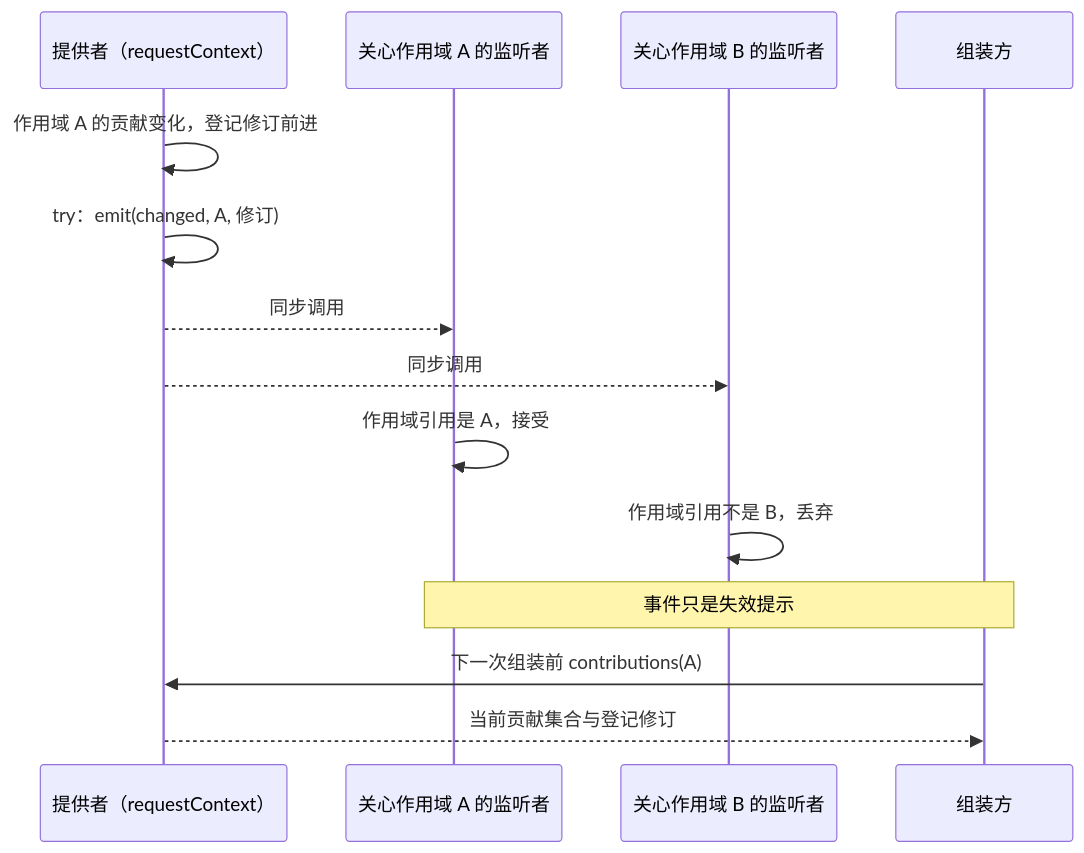
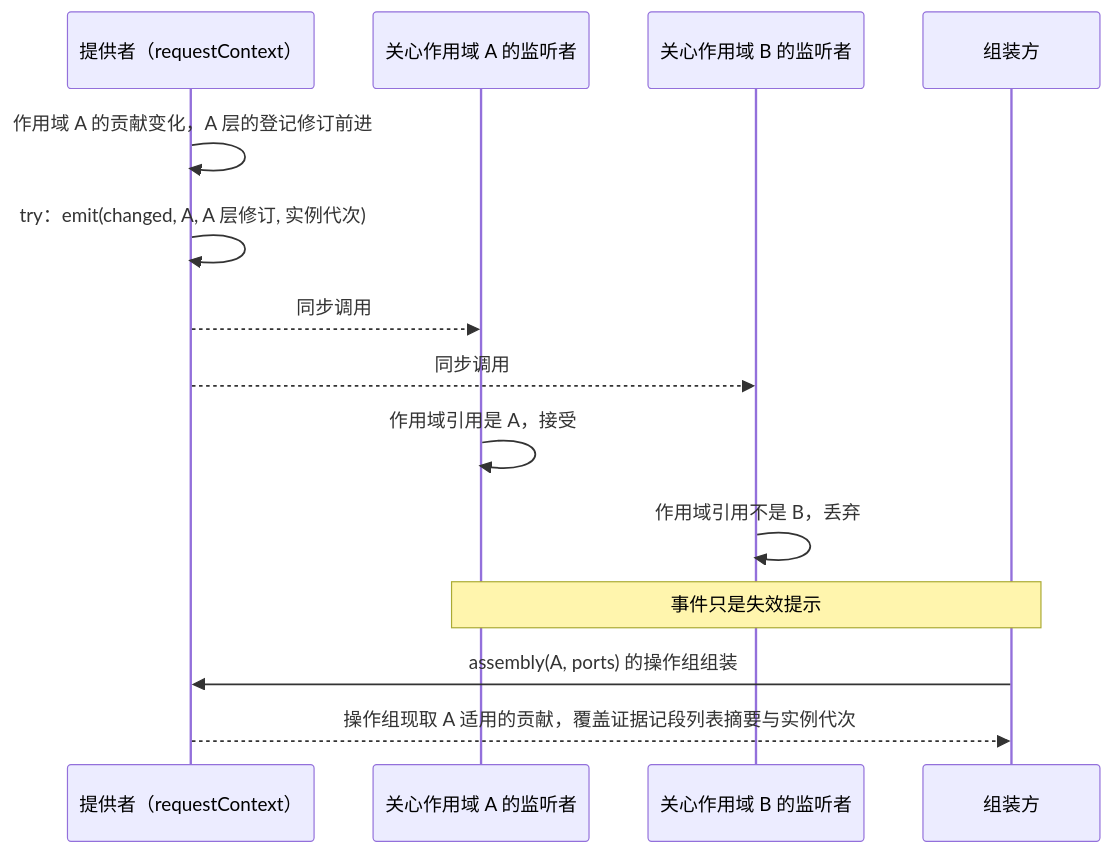
One commit to nemori-ai/omne-harness-lite changed the second of 2 diagrams in packages/context/request-context-cordis-contract/docs/flows.md. Above: the diagram before and after it, drawn with Mermaid. The commit also changed other lines of this file and 68 other files, not shown here.

````diff
--- a/packages/context/request-context-cordis-contract/docs/flows.md
+++ b/packages/context/request-context-cordis-contract/docs/flows.md
@@ -56,16 +56,16 @@
 ```mermaid
 sequenceDiagram
   participant S as 提供者（requestContext）
   participant LA as 关心作用域 A 的监听者
   participant LB as 关心作用域 B 的监听者
   participant C as 组装方
-  S->>S: 作用域 A 的贡献变化，登记修订前进
-  S->>S: try：emit(changed, A, 修订)
+  S->>S: 作用域 A 的贡献变化，A 层的登记修订前进
+  S->>S: try：emit(changed, A, A 层修订, 实例代次)
   S-->>LA: 同步调用
   S-->>LB: 同步调用
   LA->>LA: 作用域引用是 A，接受
   LB->>LB: 作用域引用不是 B，丢弃
   Note over LA,C: 事件只是失效提示
-  C->>S: 下一次组装前 contributions(A)
-  S-->>C: 当前贡献集合与登记修订
+  C->>S: assembly(A, ports) 的操作组组装
+  S-->>C: 操作组现取 A 适用的贡献，覆盖证据记段列表摘要与实例代次
 ```
````
